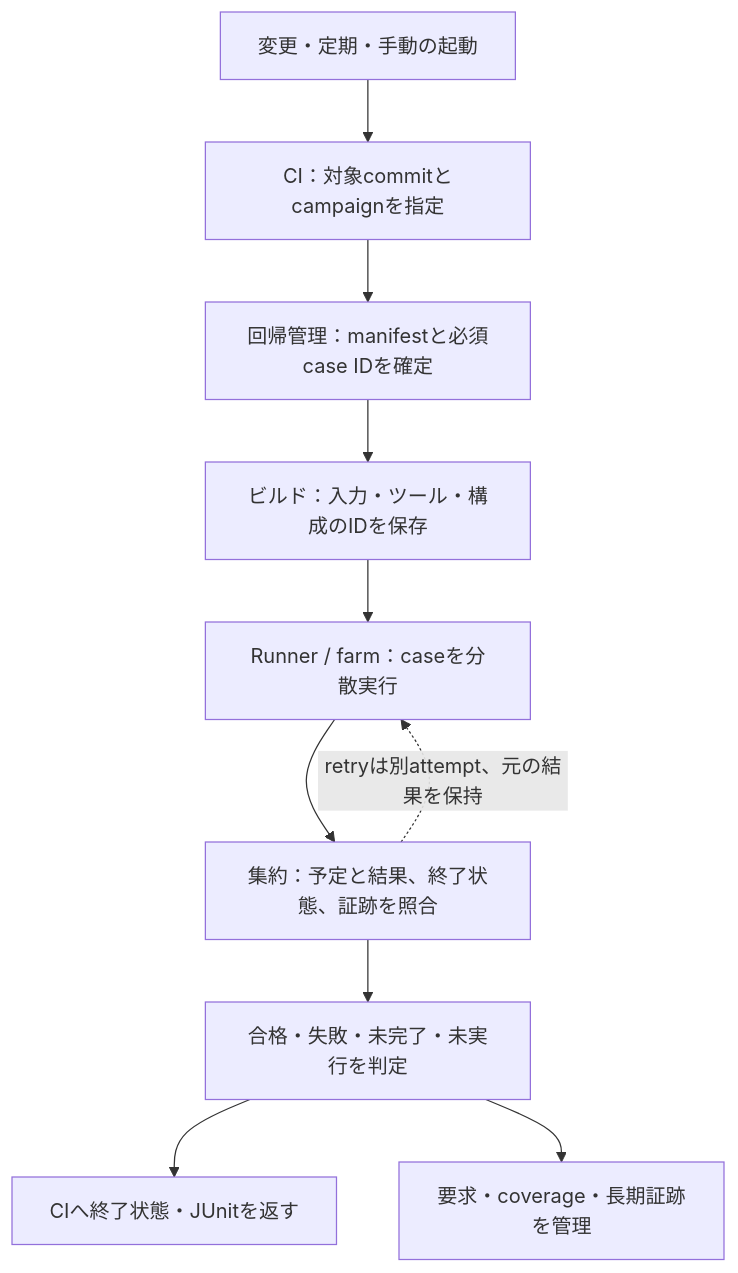
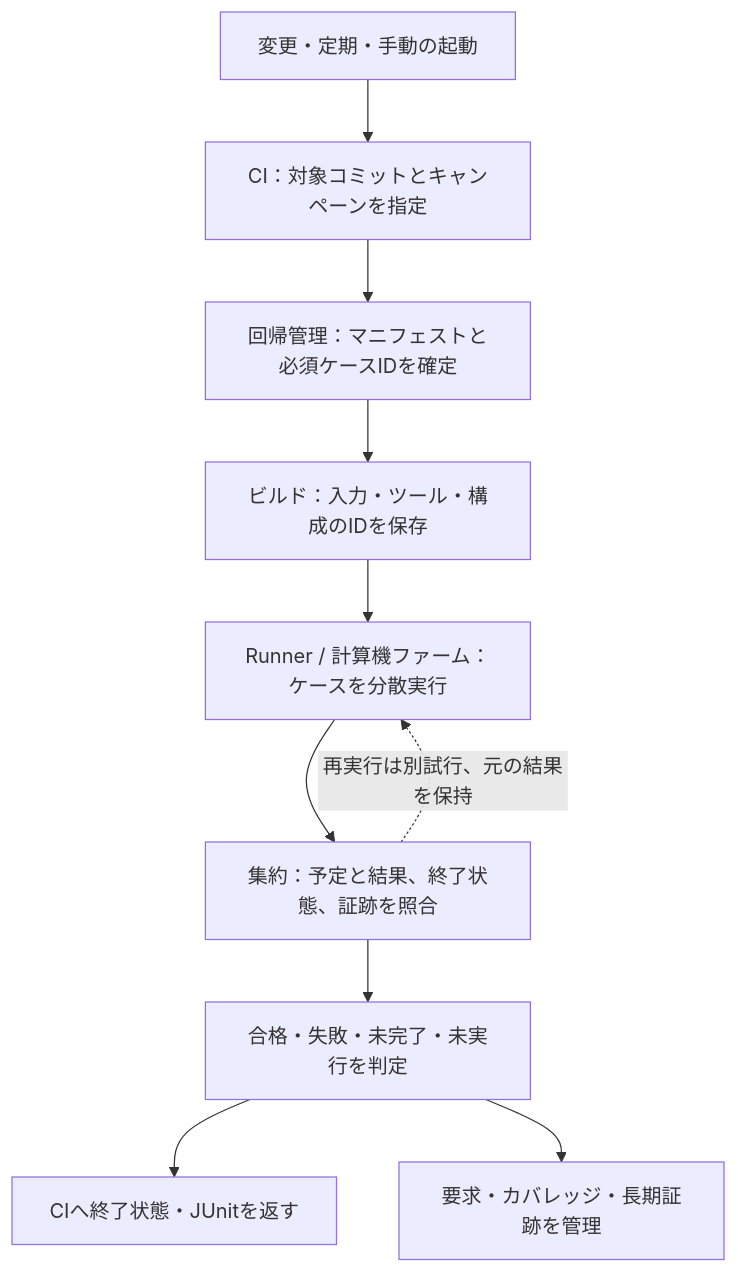
One commit to kurochan001/lsi-verification-method changed the diagram in docs/method/continuous-regression.md. Above: the diagram before and after it, drawn with Mermaid. The commit also changed other lines of this file and 26 other files, not shown here.

````diff
--- a/docs/method/continuous-regression.md
+++ b/docs/method/continuous-regression.md
@@ -59,14 +59,14 @@
 ```mermaid
 flowchart TD
   accTitle: CIと回帰管理の責務を分けた実行フロー
-  accDescr: 変更や定期起動から計画を確定し、Runnerやfarmで実行する。結果を予定ケースへ照合し、判定と証跡をCIおよび要求管理へ返す。
-  T["変更・定期・手動の起動"] --> C["CI：対象commitとcampaignを指定"]
-  C --> M["回帰管理：manifestと必須case IDを確定"]
+  accDescr: 変更や定期起動から計画を確定し、Runnerや計算機ファームで実行する。結果を予定ケースへ照合し、判定と証跡をCIおよび要求管理へ返す。
+  T["変更・定期・手動の起動"] --> C["CI：対象コミットとキャンペーンを指定"]
+  C --> M["回帰管理：マニフェストと必須ケースIDを確定"]
   M --> B["ビルド：入力・ツール・構成のIDを保存"]
-  B --> R["Runner / farm：caseを分散実行"]
+  B --> R["Runner / 計算機ファーム：ケースを分散実行"]
   R --> A["集約：予定と結果、終了状態、証跡を照合"]
   A --> J["合格・失敗・未完了・未実行を判定"]
   J --> CI["CIへ終了状態・JUnitを返す"]
-  J --> E["要求・coverage・長期証跡を管理"]
-  A -. "retryは別attempt、元の結果を保持" .-> R
+  J --> E["要求・カバレッジ・長期証跡を管理"]
+  A -. "再実行は別試行、元の結果を保持" .-> R
 ```
````
